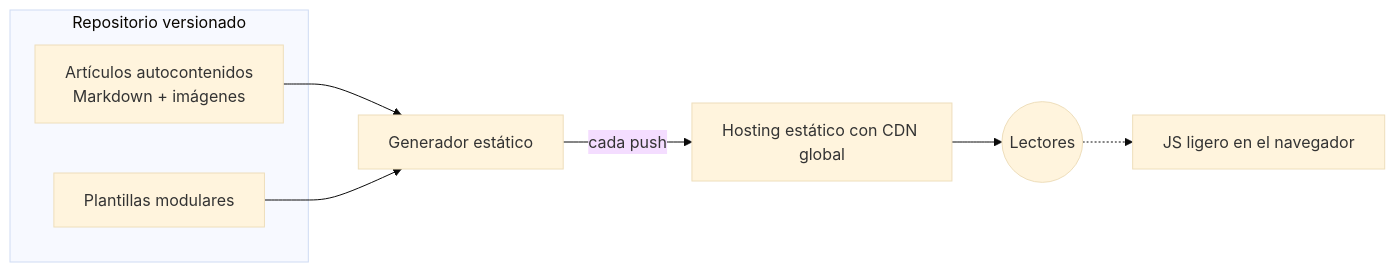
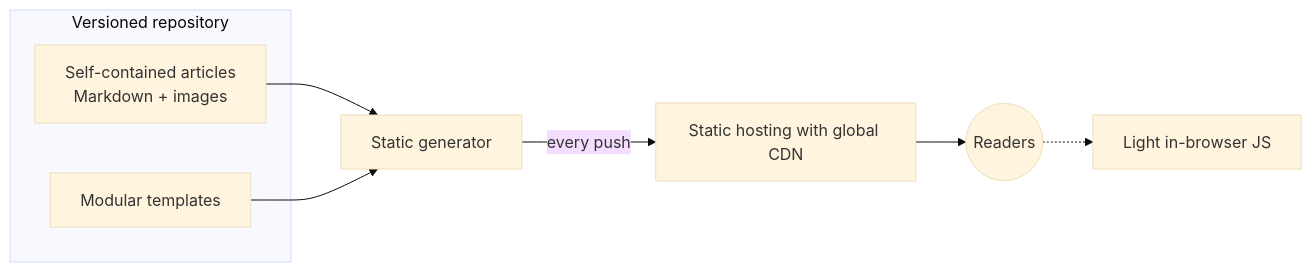
One commit to reMantiX2/engineering-portfolio changed the diagram in esports-community-portal/README.md. Above: the diagram before and after it, drawn with Mermaid (base theme). The commit also changed other lines of this file and 19 other files, not shown here.

````diff
--- a/esports-community-portal/README.md
+++ b/esports-community-portal/README.md
@@ -36,13 +38,13 @@
 ```mermaid
 graph LR
-    subgraph REPO["Repositorio versionado"]
-        ART[Artículos autocontenidos<br/>Markdown + imágenes]
-        TPL[Plantillas modulares]
+    subgraph REPO["Versioned repository"]
+        ART[Self-contained articles<br/>Markdown + images]
+        TPL[Modular templates]
     end
 
-    ART --> GEN[Generador estático]
+    ART --> GEN[Static generator]
     TPL --> GEN
-    GEN -->|cada push| CDN[Hosting estático con CDN global]
-    CDN --> USR((Lectores))
-    USR -.-> JS[JS ligero en el navegador]
+    GEN -->|every push| CDN[Static hosting with global CDN]
+    CDN --> USR((Readers))
+    USR -.-> JS[Light in-browser JS]
 ```
````
